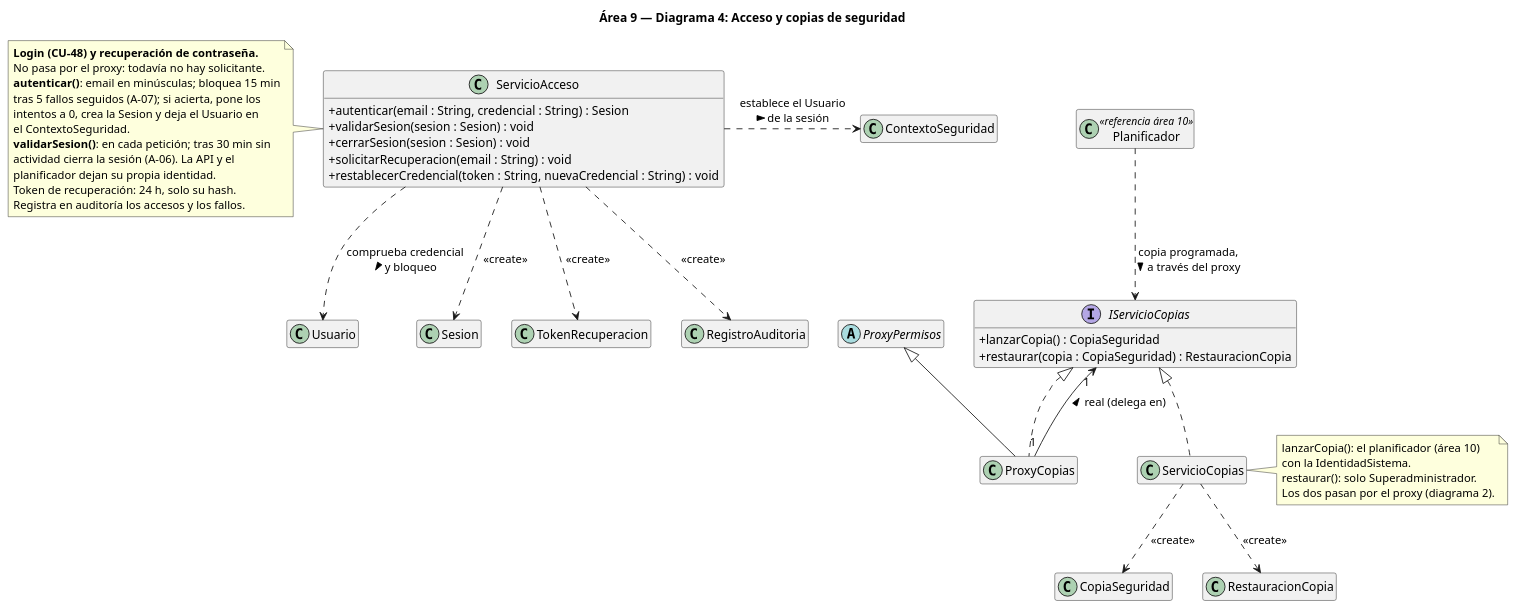
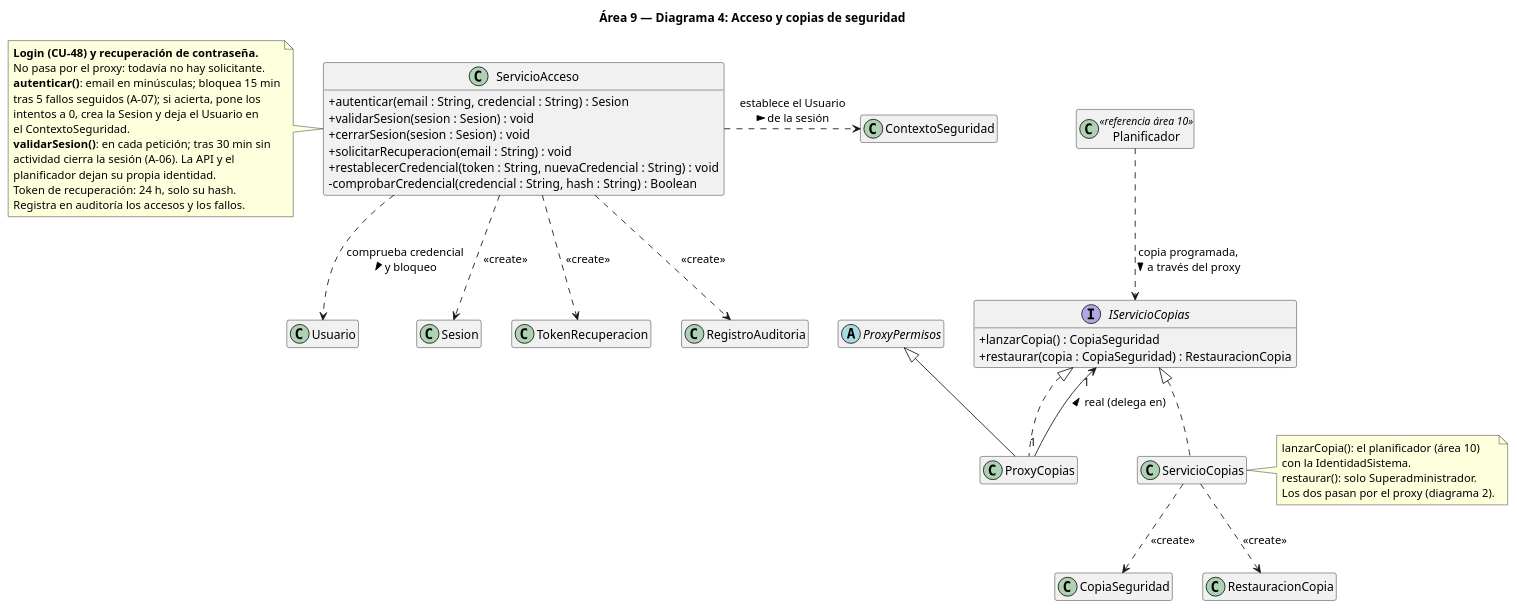
One commit to naybetaomar/AyDA-ProyectoBebes changed the diagram in Entrega2_GrupoBebes/entrega2/diagramas/clases/area09/area9_4_acceso_y_copias.puml. Above: the diagram before and after it, drawn with PlantUML. The commit also changed 29 other files, not shown here.

```diff
--- a/Entrega2_GrupoBebes/entrega2/diagramas/clases/area09/area9_4_acceso_y_copias.puml
+++ b/Entrega2_GrupoBebes/entrega2/diagramas/clases/area09/area9_4_acceso_y_copias.puml
@@ -1,66 +1,67 @@
 @startuml area9_4_acceso_y_copias
 title Área 9 — Diagrama 4: Acceso y copias de seguridad
 
 skinparam classAttributeIconSize 0
 hide empty members
 
 class ServicioAcceso {
   + autenticar(email : String, credencial : String) : Sesion
   + validarSesion(sesion : Sesion) : void
   + cerrarSesion(sesion : Sesion) : void
   + solicitarRecuperacion(email : String) : void
   + restablecerCredencial(token : String, nuevaCredencial : String) : void
+  - comprobarCredencial(credencial : String, hash : String) : Boolean
 }
 
 interface IServicioCopias {
   + lanzarCopia() : CopiaSeguridad
   + restaurar(copia : CopiaSeguridad) : RestauracionCopia
 }
 class ServicioCopias
 class ProxyCopias
 abstract class ProxyPermisos
 
 class ContextoSeguridad
 class Usuario
 class Sesion
 class TokenRecuperacion
 class RegistroAuditoria
 class CopiaSeguridad
 class RestauracionCopia
 class Planificador <<referencia área 10>>
 
 ServicioAcceso .down.> Usuario : comprueba credencial\ny bloqueo >
 ServicioAcceso .down.> Sesion : <<create>>
 ServicioAcceso .down.> TokenRecuperacion : <<create>>
 ServicioAcceso .down.> RegistroAuditoria : <<create>>
 ServicioAcceso .right.> ContextoSeguridad : establece el Usuario\nde la sesión >
 
 IServicioCopias <|.. ProxyCopias
 IServicioCopias <|.. ServicioCopias
 ProxyPermisos <|-- ProxyCopias
 ProxyCopias "1" --> "1" IServicioCopias : real (delega en) >
 ServicioCopias .down.> CopiaSeguridad : <<create>>
 ServicioCopias .down.> RestauracionCopia : <<create>>
 Planificador .down.> IServicioCopias : copia programada,\na través del proxy >
 
 note left of ServicioAcceso
   **Login (CU-48) y recuperación de contraseña.**
   No pasa por el proxy: todavía no hay solicitante.
   **autenticar()**: email en minúsculas; bloquea 15 min
   tras 5 fallos seguidos (A-07); si acierta, pone los
   intentos a 0, crea la Sesion y deja el Usuario en
   el ContextoSeguridad.
   **validarSesion()**: en cada petición; tras 30 min sin
   actividad cierra la sesión (A-06). La API y el
   planificador dejan su propia identidad.
   Token de recuperación: 24 h, solo su hash.
   Registra en auditoría los accesos y los fallos.
 end note
 
 note right of ServicioCopias
   lanzarCopia(): el planificador (área 10)
   con la IdentidadSistema.
   restaurar(): solo Superadministrador.
   Los dos pasan por el proxy (diagrama 2).
 end note
 @enduml
```
